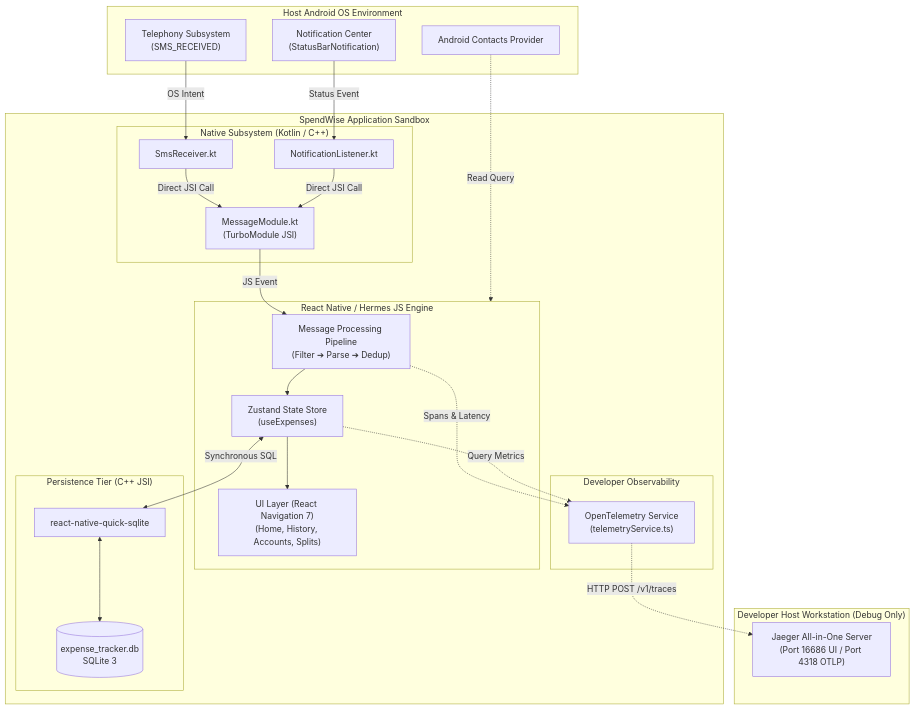
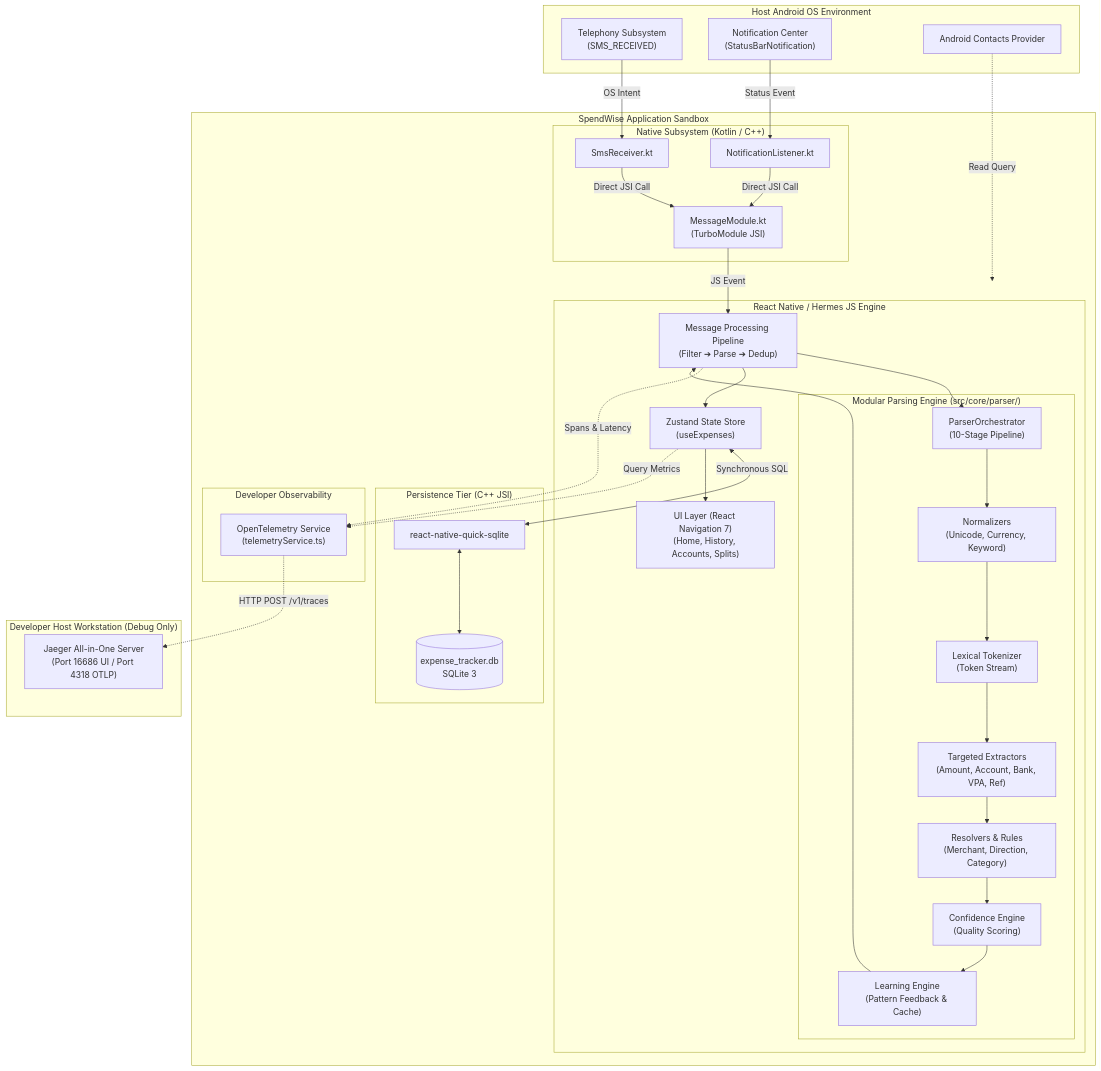
The first of 4 diagrams in docs/ARCHITECTURE.md (GangSagar/expenses-tracker-app), drawn with Mermaid before and after one commit. The commit also changed other lines of this file and 7 other files, not shown here.

First line of the commit message:
docs: update architectural specifications, PRD, TRD, and roadmap

````diff
--- a/docs/ARCHITECTURE.md
+++ b/docs/ARCHITECTURE.md
@@ -20,52 +20,70 @@
 ```mermaid
 graph TB
     subgraph External["Host Android OS Environment"]
         SMS["Telephony Subsystem\n(SMS_RECEIVED)"]
         NOTIF["Notification Center\n(StatusBarNotification)"]
         CONTACTS["Android Contacts Provider"]
     end
 
     subgraph AppContainer["SpendWise Application Sandbox"]
         subgraph NativeLayer["Native Subsystem (Kotlin / C++)"]
             SmsReceiver["SmsReceiver.kt"]
             NotifListener["NotificationListener.kt"]
             MessageBridge["MessageModule.kt\n(TurboModule JSI)"]
         end
 
         subgraph CoreEngine["React Native / Hermes JS Engine"]
+            subgraph ParsingEngine["Modular Parsing Engine (src/core/parser/)"]
+                Orchestrator["ParserOrchestrator\n(10-Stage Pipeline)"]
+                Norm["Normalizers\n(Unicode, Currency, Keyword)"]
+                Token["Lexical Tokenizer\n(Token Stream)"]
+                Extract["Targeted Extractors\n(Amount, Account, Bank, VPA, Ref)"]
+                Resolve["Resolvers & Rules\n(Merchant, Direction, Category)"]
+                Conf["Confidence Engine\n(Quality Scoring)"]
+                Learn["Learning Engine\n(Pattern Feedback & Cache)"]
+            end
             Pipeline["Message Processing Pipeline\n(Filter ➔ Parse ➔ Dedup)"]
             Store["Zustand State Store\n(useExpenses)"]
             UI["UI Layer (React Navigation 7)\n(Home, History, Accounts, Splits)"]
         end
 
         subgraph StorageSubsystem["Persistence Tier (C++ JSI)"]
             QuickSQLite["react-native-quick-sqlite"]
             DB[(expense_tracker.db\nSQLite 3)]
         end
 
         subgraph ObservabilitySubsystem["Developer Observability"]
             OTel["OpenTelemetry Service\n(telemetryService.ts)"]
         end
     end
 
     subgraph DevMachine["Developer Host Workstation (Debug Only)"]
         Jaeger["Jaeger All-in-One Server\n(Port 16686 UI / Port 4318 OTLP)"]
     end
 
     SMS -->|OS Intent| SmsReceiver
     NOTIF -->|Status Event| NotifListener
     CONTACTS -.->|Read Query| CoreEngine
 
     SmsReceiver -->|Direct JSI Call| MessageBridge
     NotifListener -->|Direct JSI Call| MessageBridge
     MessageBridge -->|JS Event| Pipeline
 
+    Pipeline --> Orchestrator
+    Orchestrator --> Norm
+    Norm --> Token
+    Token --> Extract
+    Extract --> Resolve
+    Resolve --> Conf
+    Conf --> Learn
+    Learn --> Pipeline
+
     Pipeline --> Store
     Store <-->|Synchronous SQL| QuickSQLite
     QuickSQLite <--> DB
     Store --> UI
 
     Pipeline -.->|Spans & Latency| OTel
     Store -.->|Query Metrics| OTel
     OTel -.->|HTTP POST /v1/traces| Jaeger
 ```
````
